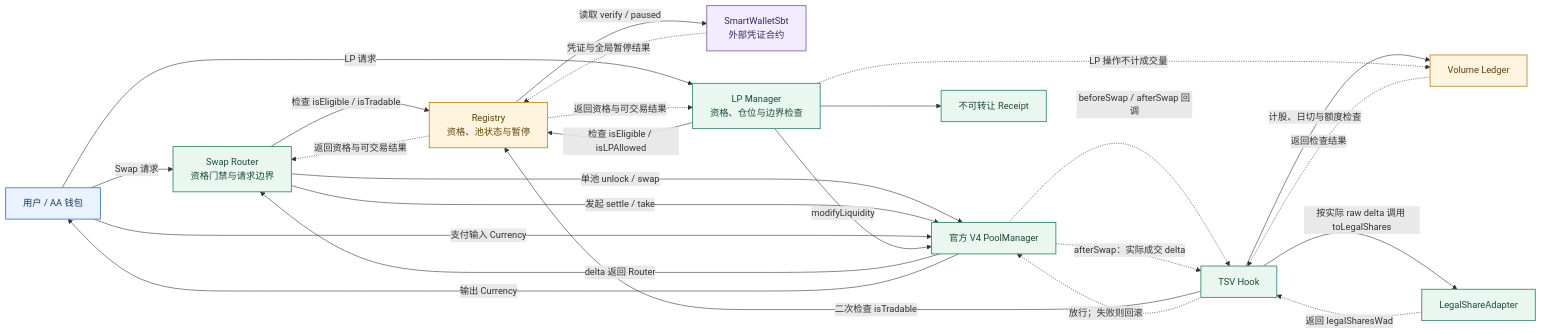
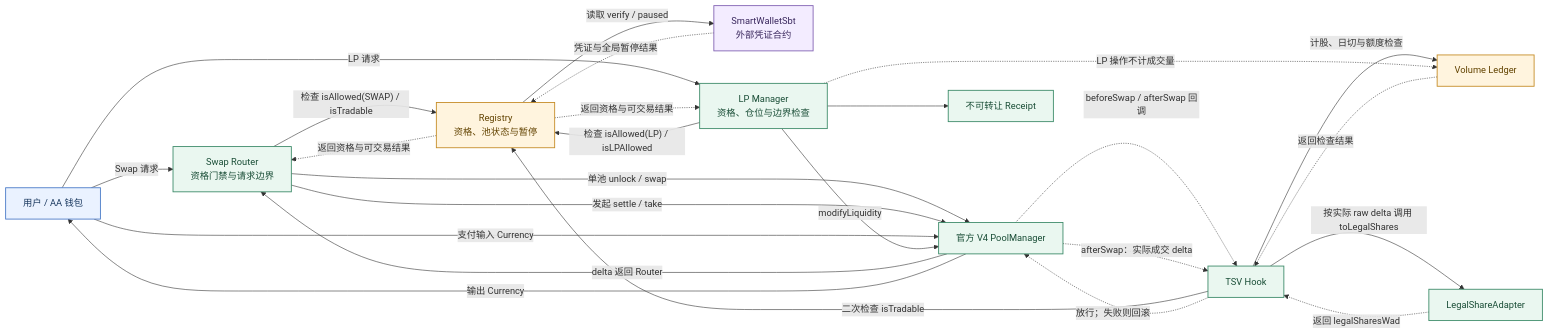
The second of 7 diagrams in docs/SYSTEMS_OVERVIEW.md (okx/tsv), drawn with Mermaid before and after one commit. The commit also changed other lines of this file and 81 other files, not shown here.

Commit message:
feat: add permissioned registry wrapped swap

````diff
--- a/docs/SYSTEMS_OVERVIEW.md
+++ b/docs/SYSTEMS_OVERVIEW.md
@@ -47,39 +47,39 @@
 ```mermaid
 flowchart LR
   U["用户 / AA 钱包"] -->|"Swap 请求"| R["Swap Router<br/>资格门禁与请求边界"]
-  R -->|"检查 isEligible / isTradable"| RG["Registry<br/>资格、池状态与暂停"]
+  R -->|"检查 isAllowed(SWAP) / isTradable"| RG["Registry<br/>资格、池状态与暂停"]
   RG -. "返回资格与可交易结果" .-> R
   RG -->|"读取 verify / paused"| SBT["SmartWalletSbt<br/>外部凭证合约"]
   SBT -. "凭证与全局暂停结果" .-> RG
   R -->|"单池 unlock / swap"| PM["官方 V4 PoolManager"]
   PM -. "beforeSwap / afterSwap 回调" .-> H["TSV Hook"]
   H -->|"二次检查 isTradable"| RG
   PM -. "afterSwap：实际成交 delta" .-> H
   H -->|"按实际 raw delta 调用 toLegalShares"| A["LegalShareAdapter"]
   A -. "返回 legalSharesWad" .-> H
   H -->|"计股、日切与额度检查"| VL["Volume Ledger"]
   VL -. "返回检查结果" .-> H
   H -. "放行；失败则回滚" .-> PM
   PM -->|"delta 返回 Router"| R
   R -->|"发起 settle / take"| PM
   U -->|"支付输入 Currency"| PM
   PM -->|"输出 Currency"| U
 
   U -->|"LP 请求"| LP["LP Manager<br/>资格、仓位与边界检查"]
-  LP -->|"检查 isEligible / isLPAllowed"| RG
+  LP -->|"检查 isAllowed(LP) / isLPAllowed"| RG
   RG -. "返回资格与可交易结果" .-> LP
   LP -->|"modifyLiquidity"| PM
   LP --> RC["不可转让 Receipt"]
   LP -. "LP 操作不计成交量" .-> VL
 
   style U fill:#EAF2FF,stroke:#4778C7,color:#17365D,stroke-width:1.5px
   style R fill:#EAF7F0,stroke:#3B8A68,color:#194D36,stroke-width:1.5px
   style PM fill:#EAF7F0,stroke:#3B8A68,color:#194D36,stroke-width:1.5px
   style H fill:#EAF7F0,stroke:#3B8A68,color:#194D36,stroke-width:1.5px
   style A fill:#EAF7F0,stroke:#3B8A68,color:#194D36,stroke-width:1.5px
   style LP fill:#EAF7F0,stroke:#3B8A68,color:#194D36,stroke-width:1.5px
   style RC fill:#EAF7F0,stroke:#3B8A68,color:#194D36,stroke-width:1.5px
   style RG fill:#FFF4DE,stroke:#C58B24,color:#624300,stroke-width:1.5px
   style VL fill:#FFF4DE,stroke:#C58B24,color:#624300,stroke-width:1.5px
   style SBT fill:#F3ECFF,stroke:#8061B2,color:#39275D,stroke-width:1.5px
 ```
````
